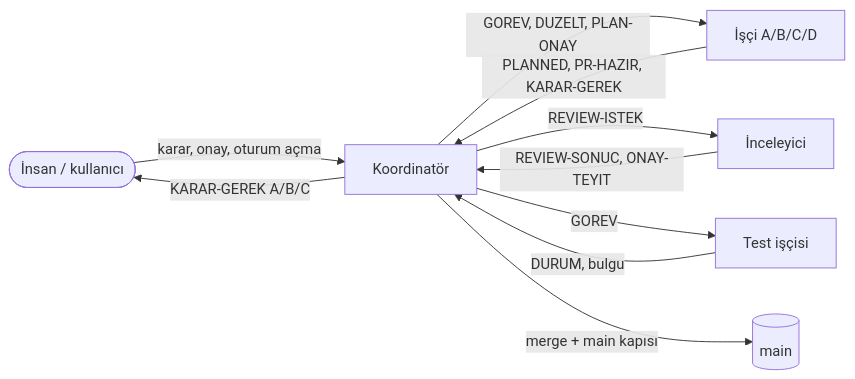
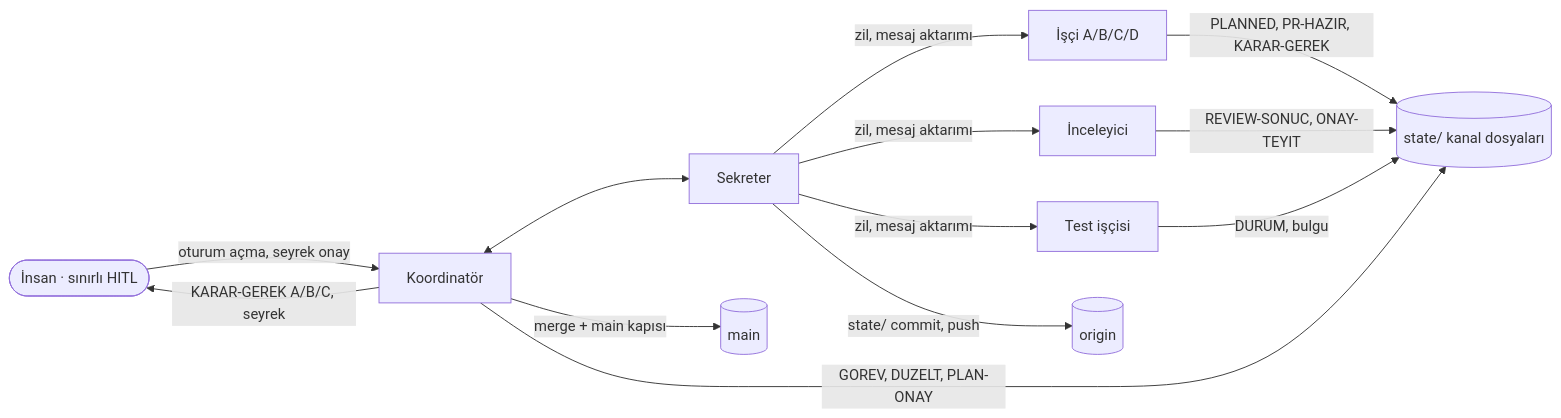
Before and after one commit to caglarsahin-AI/ffCore: the first of 5 diagrams in docs/takim/ajanlarla-gelistirme.md, drawn with Mermaid. The commit also changed other lines of this file, not shown here.

Commit message:
docs(takim): decision boundary, secretary role and status-tracking sections with diagrams (user-driven additions)

````diff
--- a/docs/takim/ajanlarla-gelistirme.md
+++ b/docs/takim/ajanlarla-gelistirme.md
@@ -46,12 +48,15 @@
 ```mermaid
 flowchart LR
-    U([İnsan / kullanıcı]) -- karar, onay, oturum açma --> K[Koordinatör]
-    K -- GOREV, DUZELT, PLAN-ONAY --> I[İşçi A/B/C/D]
-    K -- REVIEW-ISTEK --> R[İnceleyici]
-    K -- GOREV --> T[Test işçisi]
-    I -- PLANNED, PR-HAZIR, KARAR-GEREK --> K
-    R -- REVIEW-SONUC, ONAY-TEYIT --> K
-    T -- DURUM, bulgu --> K
+    U([İnsan · sınırlı HITL]) -- oturum açma, seyrek onay --> K[Koordinatör]
+    K -- KARAR-GEREK A/B/C, seyrek --> U
+    K <--> S[Sekreter]
+    S -- zil, mesaj aktarımı --> I[İşçi A/B/C/D]
+    S -- zil, mesaj aktarımı --> R[İnceleyici]
+    S -- zil, mesaj aktarımı --> T[Test işçisi]
+    I -- PLANNED, PR-HAZIR, KARAR-GEREK --> ST[(state/ kanal dosyaları)]
+    R -- REVIEW-SONUC, ONAY-TEYIT --> ST
+    T -- DURUM, bulgu --> ST
+    K -- GOREV, DUZELT, PLAN-ONAY --> ST
     K -- merge + main kapısı --> M[(main)]
-    K -- KARAR-GEREK A/B/C --> U
+    S -- state/ commit, push --> O[(origin)]
 ```
````
